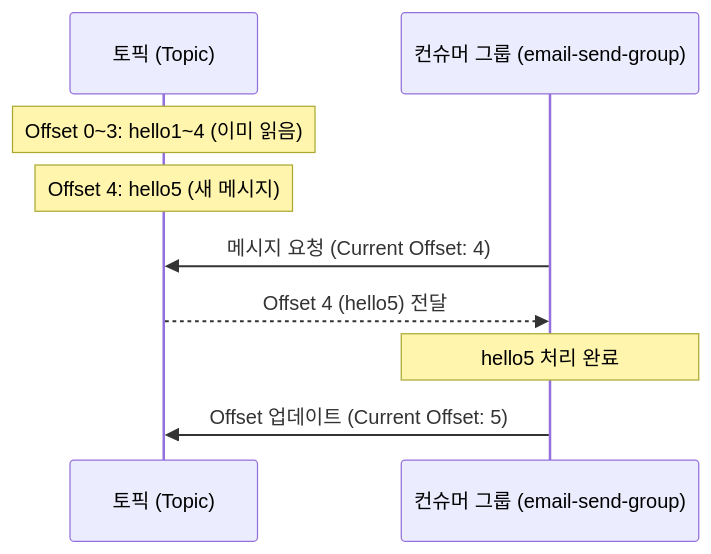
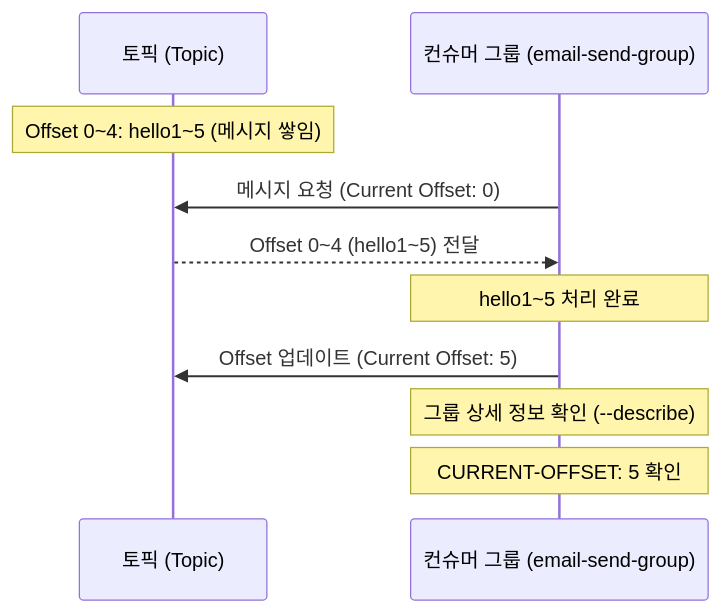
Before and after one commit to muzzaiwork/kafka: the fourth of 4 diagrams in 04-producer-consumer/ProducerConsumer.md, drawn with Mermaid. The commit also changed other lines of this file, not shown here.

Commit message:
Update ProducerConsumer.md with describe result and process diagram

````diff
--- a/04-producer-consumer/ProducerConsumer.md
+++ b/04-producer-consumer/ProducerConsumer.md
@@ -166,13 +173,15 @@
 ```mermaid
 sequenceDiagram
     participant T as 토픽 (Topic)
     participant G as 컨슈머 그룹 (email-send-group)
     
-    Note over T: Offset 0~3: hello1~4 (이미 읽음)
-    Note over T: Offset 4: hello5 (새 메시지)
+    Note over T: Offset 0~4: hello1~5 (메시지 쌓임)
     
-    G->>T: 메시지 요청 (Current Offset: 4)
-    T-->>G: Offset 4 (hello5) 전달
-    Note over G: hello5 처리 완료
+    G->>T: 메시지 요청 (Current Offset: 0)
+    T-->>G: Offset 0~4 (hello1~5) 전달
+    Note over G: hello1~5 처리 완료
     G->>T: Offset 업데이트 (Current Offset: 5)
+    
+    Note over G: 그룹 상세 정보 확인 (--describe)
+    Note over G: CURRENT-OFFSET: 5 확인
 ```
````
